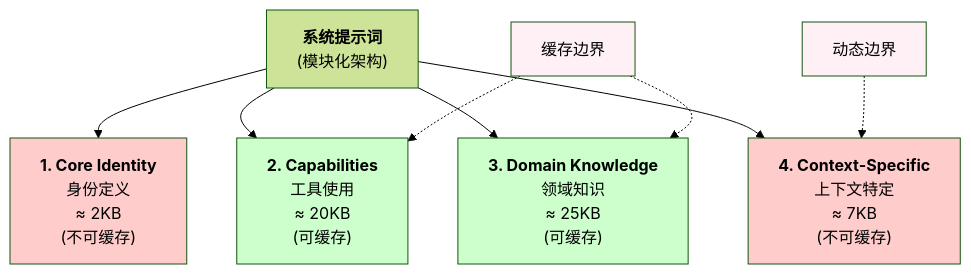
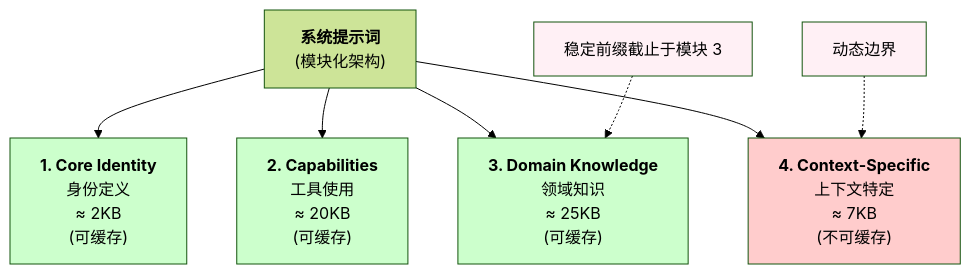
The diagram in 10_production/10.1_system_prompt.md (yeasy/harness_engineering_guide), drawn with Mermaid (forest theme) before and after one commit. The commit also changed other lines of this file and 7 other files, not shown here.

Commit message:
fix(guide): keep tool schemas intact and extract HTTP transport walkthrough

````diff
--- a/10_production/10.1_system_prompt.md
+++ b/10_production/10.1_system_prompt.md
@@ -29,21 +29,20 @@
 ```mermaid
 graph TD
     A["<b>系统提示词</b><br/>(模块化架构)"]
 
-    A --> B["<b>1. Core Identity</b><br/>身份定义<br/>≈ 2KB<br/>(不可缓存)"]
+    A --> B["<b>1. Core Identity</b><br/>身份定义<br/>≈ 2KB<br/>(可缓存)"]
     A --> C["<b>2. Capabilities</b><br/>工具使用<br/>≈ 20KB<br/>(可缓存)"]
     A --> D["<b>3. Domain Knowledge</b><br/>领域知识<br/>≈ 25KB<br/>(可缓存)"]
     A --> E["<b>4. Context-Specific</b><br/>上下文特定<br/>≈ 7KB<br/>(不可缓存)"]
 
-    F["缓存边界"] -.-> C
-    F -.-> D
+    F["稳定前缀截止于模块 3"] -.-> D
 
     G["动态边界"] -.-> E
 
-    style B fill:#ffcccc
+    style B fill:#ccffcc
     style C fill:#ccffcc
     style D fill:#ccffcc
     style E fill:#ffcccc
     style F fill:#fff0f5
     style G fill:#fff0f5
 ```
````
